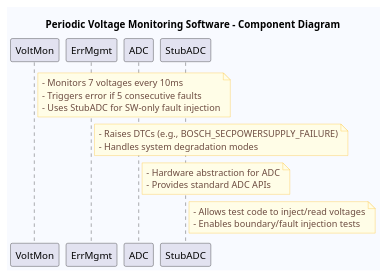
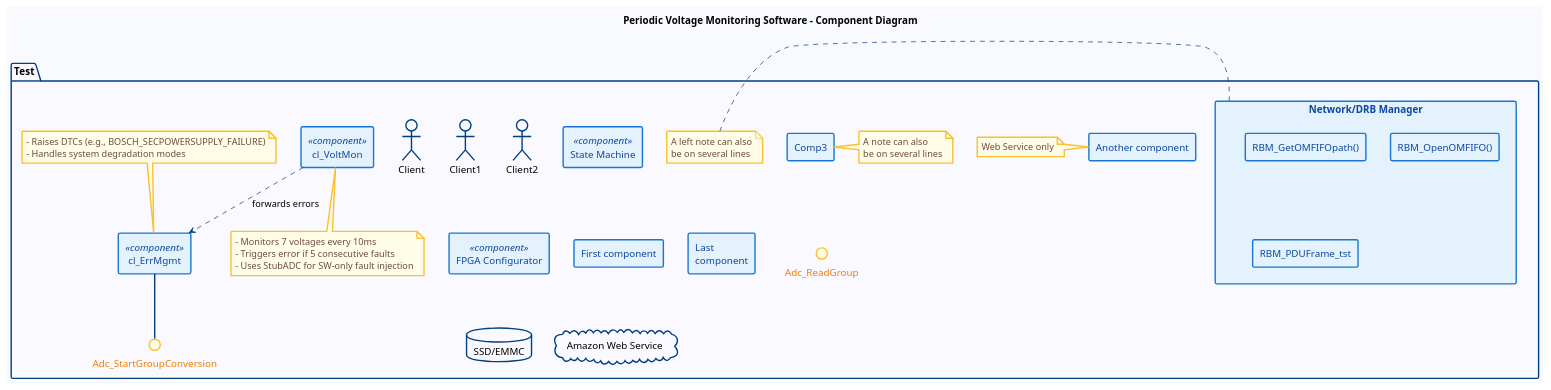
The diagram in puml-parser-py/data/samples/component/component_diagram_1.puml (balajirajan87/Rhaosody_pluggin_GenAI), drawn with PlantUML before and after one commit. The commit also changed 6 other files, not shown here.

```diff
--- a/puml-parser-py/data/samples/component/component_diagram_1.puml
+++ b/puml-parser-py/data/samples/component/component_diagram_1.puml
@@ -1,54 +1,94 @@
 @startuml
 ' Global style for clarity
 <style>
 componentDiagram {
   BackGroundColor #f9f9ff
   LineThickness 2
   LineColor #004080
 }
 </style>
 ' Global style for clarity
 skinparam componentStyle rectangle
 skinparam backgroundColor #f8faff
 
 skinparam component {
-    BackgroundColor #e3f2fd
-    BorderColor #1976d2
-    FontColor #0d47a1
+  BackgroundColor #e3f2fd
+  BorderColor #1976d2
+  FontColor #0d47a1
 }
 skinparam interface {
-    BackgroundColor #fffde7
-    BorderColor #fbc02d
-    FontColor #f57c00
+  BackgroundColor #fffde7
+  BorderColor #fbc02d
+  FontColor #f57c00
 }
 skinparam note {
-    BackgroundColor #fffde7
-    BorderColor #fbc02d
-    FontColor #6d4c41
+  BackgroundColor #fffde7
+  BorderColor #fbc02d
+  FontColor #6d4c41
 }
 
 title Periodic Voltage Monitoring Software - Component Diagram
 
-' NOTES for clarity
-note right of VoltMon
-  - Monitors 7 voltages every 10ms
-  - Triggers error if 5 consecutive faults
-  - Uses StubADC for SW-only fault injection
-end note
+package "Test" {
+  ' External Client/Middleware
+  actor Client
 
-note right of ErrMgmt
-  - Raises DTCs (e.g., BOSCH_SECPOWERSUPPLY_FAILURE)
-  - Handles system degradation modes
-end note
+  actor Client1
 
-note right of ADC
-  - Hardware abstraction for ADC
-  - Provides standard ADC APIs
-end note
+  actor Client2
 
-note right of StubADC
-  - Allows test code to inject/read voltages
-  - Enables boundary/fault injection tests
-end note
+  [cl_VoltMon] as VoltMon <<component>>
+  [cl_ErrMgmt] as ErrMgmt <<component>>
+  [State Machine] <<component>>
+  [FPGA Configurator] <<component>>
+
+  [First component]
+  [Another component] as Comp2
+  component Comp3
+  component [Last\ncomponent] as Comp4
+
+  ' Network/DRB Manager
+  component "Network/DRB Manager" as DRBMgr {
+    [RBM_GetOMFIFOpath()]
+    [RBM_OpenOMFIFO()]
+    [RBM_PDUFrame_tst]
+  }
+
+  interface "Adc_StartGroupConversion" as I_StartGroupConversion
+  interface "Adc_ReadGroup" as I_ReadGroup
+
+  ErrMgmt -- I_StartGroupConversion
+
+  VoltMon ..> ErrMgmt : forwards errors
+
+  ' NOTES for clarity
+  note bottom of VoltMon
+    - Monitors 7 voltages every 10ms
+    - Triggers error if 5 consecutive faults
+    - Uses StubADC for SW-only fault injection
+  end note
+
+  note top of ErrMgmt
+    - Raises DTCs (e.g., BOSCH_SECPOWERSUPPLY_FAILURE)
+    - Handles system degradation modes
+  end note
+
+  note left of Comp2 : Web Service only
+
+  note right of Comp3
+    A note can also
+    be on several lines
+  end note
+
+  note left of DRBMgr
+    A left note can also
+    be on several lines
+  end note
+
+  ' Storage Devices
+  database "SSD/EMMC" as Storage
+
+  cloud "Amazon Web Service " as AWS
+}
 
 @enduml
```
